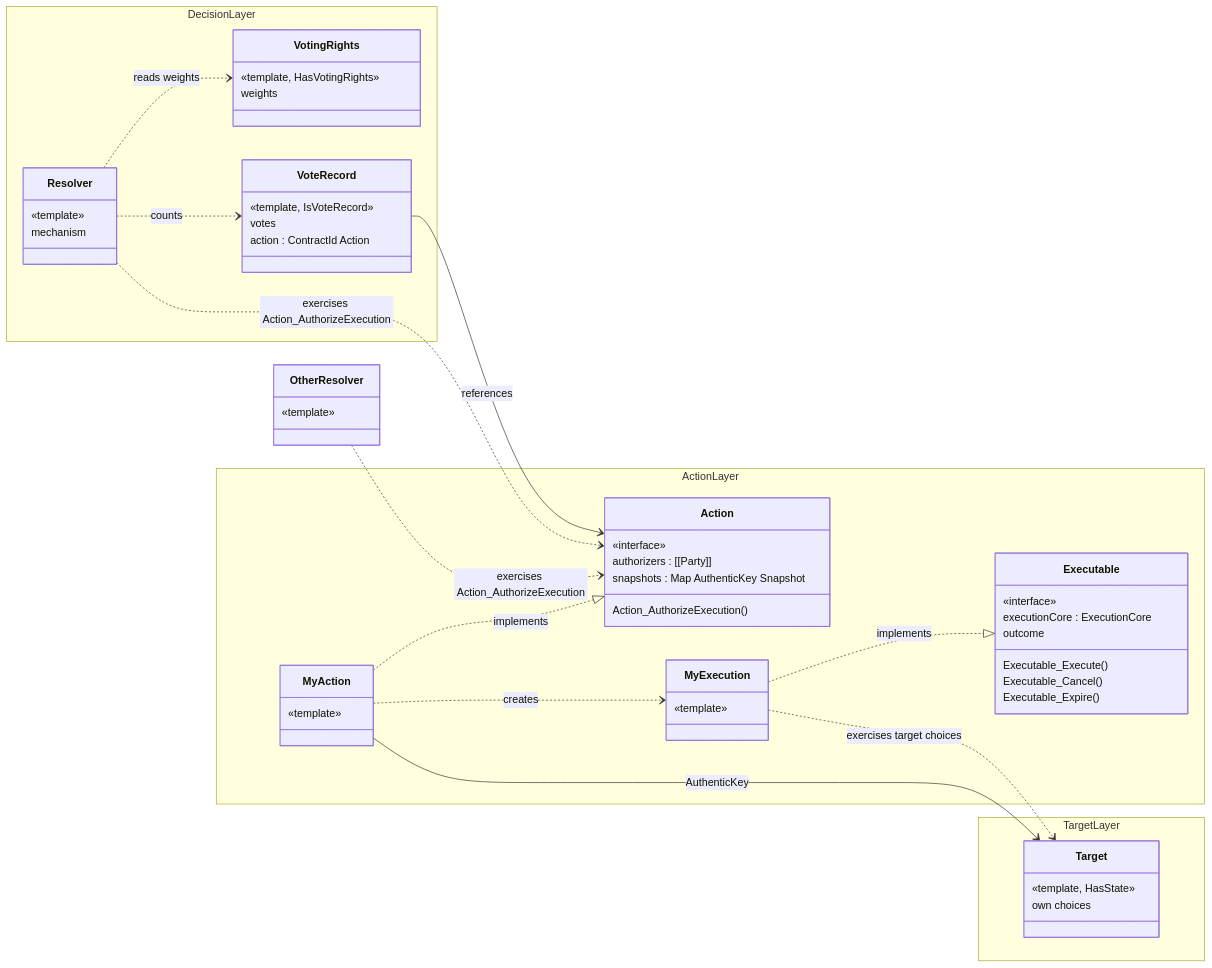
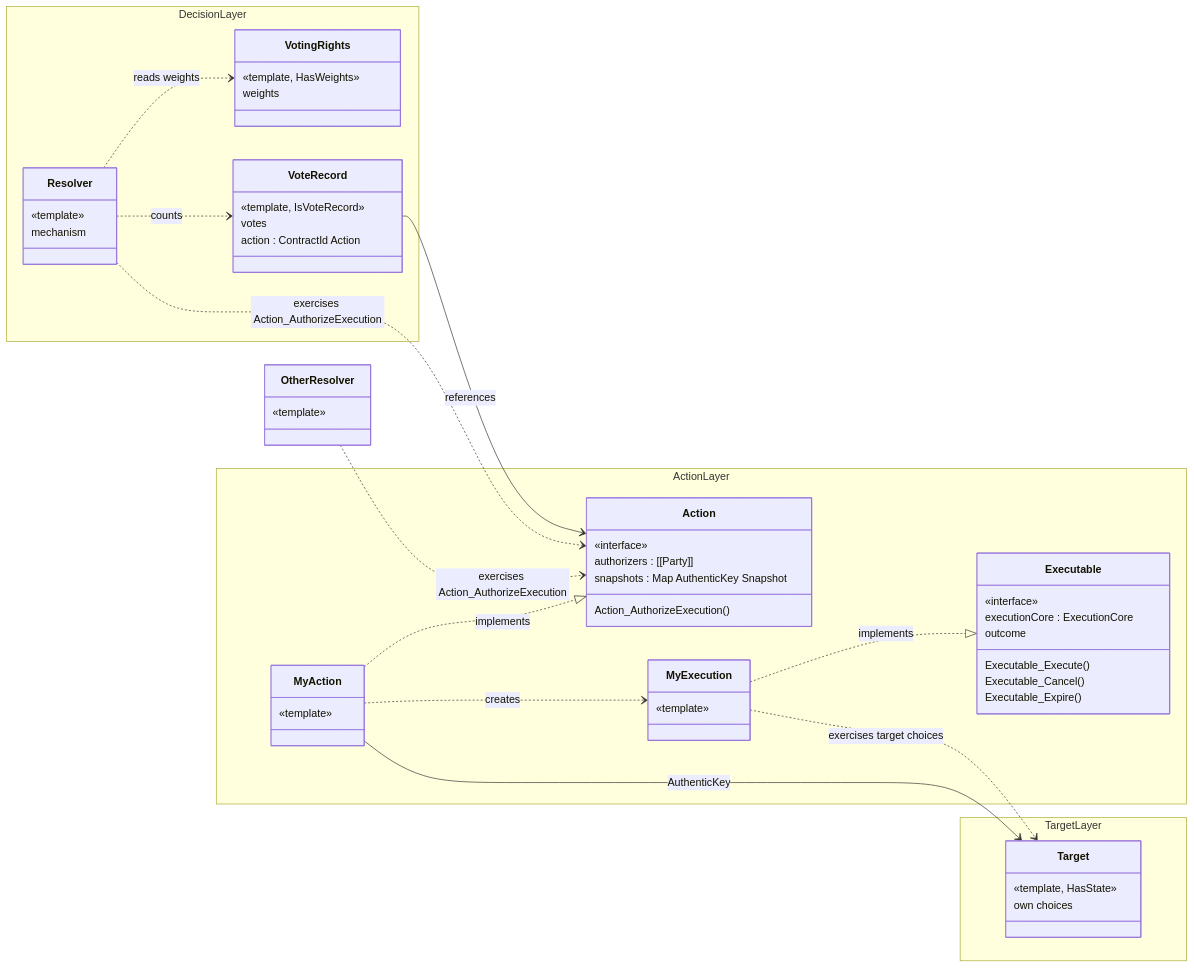
Before and after one commit to unlockitio/concordia: the second of 2 diagrams in docs/governance/intro.md, drawn with Mermaid. The commit also changed 51 other files, not shown here.

````diff
--- a/docs/governance/intro.md
+++ b/docs/governance/intro.md
@@ -110,65 +110,65 @@
 ```mermaid
 classDiagram
   direction LR
 
   namespace DecisionLayer {
     class VotingRights {
-      «template, HasVotingRights»
+      «template, HasWeights»
       weights
     }
     class VoteRecord {
       «template, IsVoteRecord»
       votes
       action : ContractId Action
     }
     class Resolver {
       «template»
       mechanism
     }
   }
 
   class OtherResolver {
     «template»
   }
 
   namespace ActionLayer {
     class Action {
       «interface»
       authorizers : [[Party]]
       snapshots : Map AuthenticKey Snapshot
       Action_AuthorizeExecution()
     }
     class MyAction {
       «template»
     }
     class Executable {
       «interface»
       executionCore : ExecutionCore
       outcome
       Executable_Execute()
       Executable_Cancel()
       Executable_Expire()
     }
     class MyExecution {
       «template»
     }
   }
 
   namespace TargetLayer {
     class Target {
       «template, HasState»
       own choices
     }
   }
 
   Resolver ..> VotingRights : reads weights
   Resolver ..> VoteRecord : counts
   VoteRecord --> Action : references
   Resolver ..> Action : exercises Action_AuthorizeExecution
   OtherResolver ..> Action : exercises Action_AuthorizeExecution
   MyAction ..|> Action : implements
   MyExecution ..|> Executable : implements
   MyAction ..> MyExecution : creates
   MyAction --> Target : AuthenticKey
   MyExecution ..> Target : exercises target choices
 ```
````
